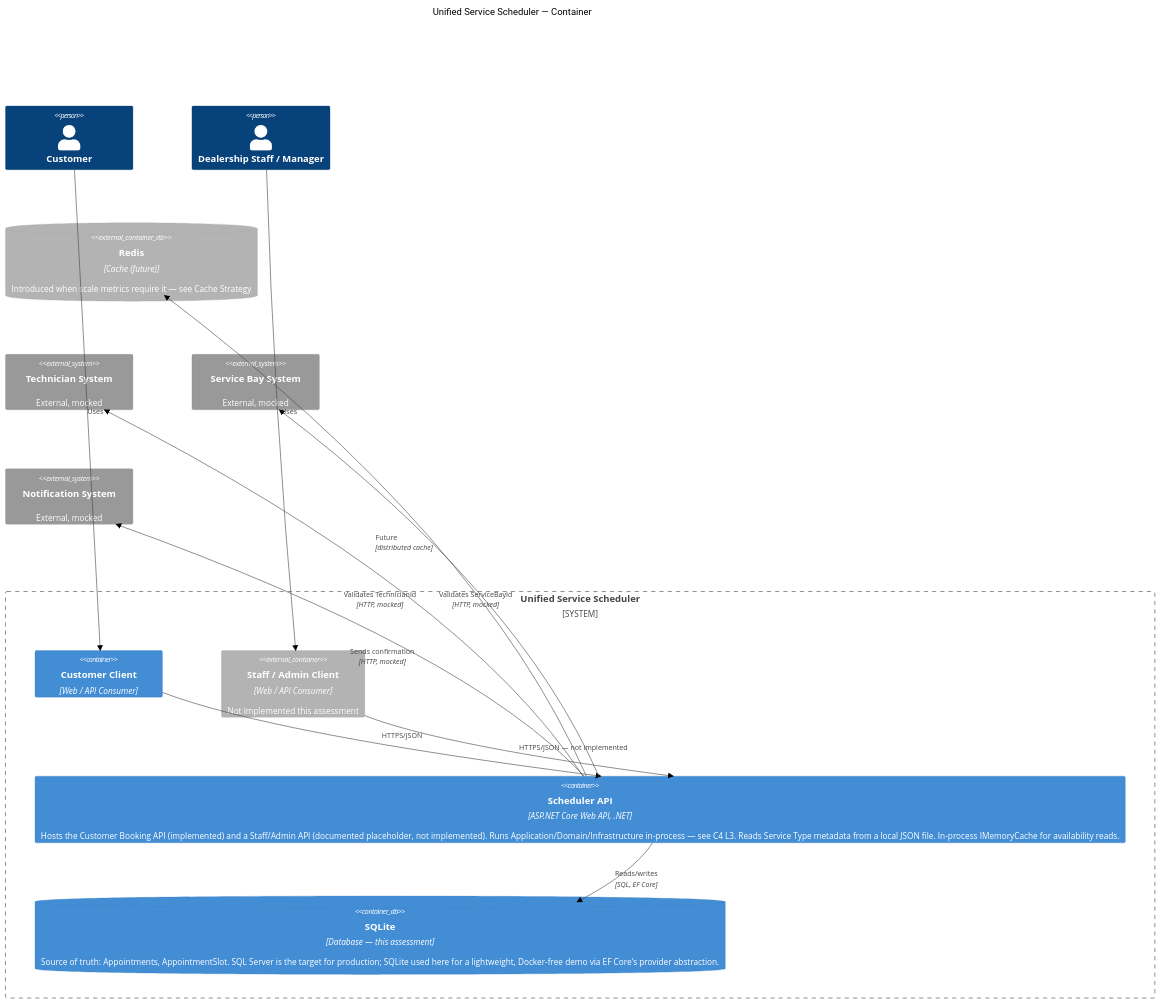
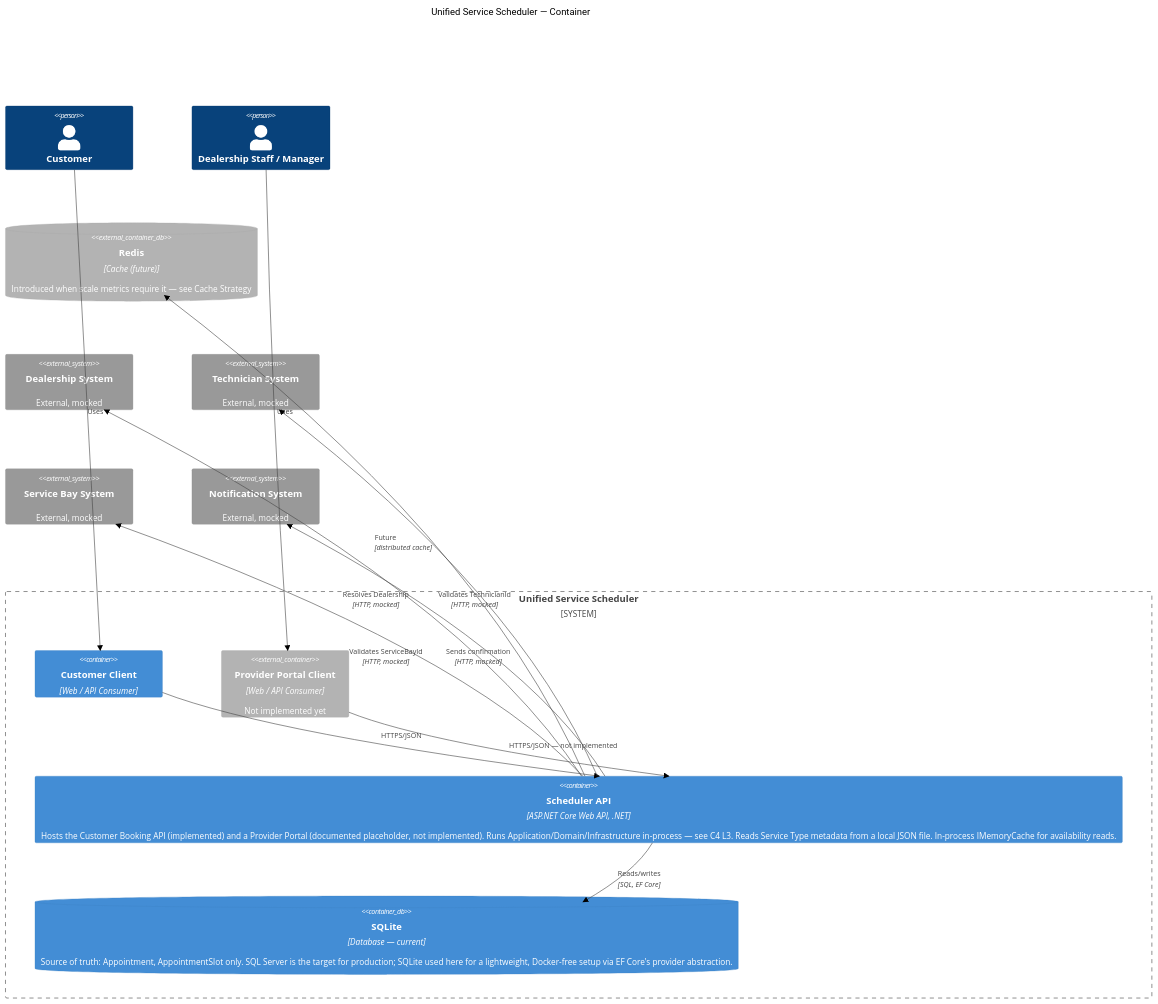
The second of 9 diagrams in architecture.md (wesilios/unified-service-scheduler), drawn with Mermaid (neutral theme) before and after one commit. The commit also changed other lines of this file and 3 other files, not shown here.

````diff
--- a/architecture.md
+++ b/architecture.md
@@ -383,29 +422,31 @@
 ```mermaid
 C4Container
     title Unified Service Scheduler — Container
 
     Person(customer, "Customer")
     Person(staff, "Dealership Staff / Manager")
 
     System_Boundary(uss, "Unified Service Scheduler") {
         Container(clientCustomer, "Customer Client", "Web / API Consumer")
-        Container_Ext(clientStaff, "Staff / Admin Client", "Web / API Consumer", "Not implemented this assessment")
-        Container(api, "Scheduler API", "ASP.NET Core Web API, .NET", "Hosts the Customer Booking API (implemented) and a Staff/Admin API (documented placeholder, not implemented). Runs Application/Domain/Infrastructure in-process — see C4 L3. Reads Service Type metadata from a local JSON file. In-process IMemoryCache for availability reads.")
-        ContainerDb(db, "SQLite", "Database — this assessment", "Source of truth: Appointments, AppointmentSlot. SQL Server is the target for production; SQLite used here for a lightweight, Docker-free demo via EF Core's provider abstraction.")
+        Container_Ext(clientStaff, "Provider Portal Client", "Web / API Consumer", "Not implemented yet")
+        Container(api, "Scheduler API", "ASP.NET Core Web API, .NET", "Hosts the Customer Booking API (implemented) and a Provider Portal (documented placeholder, not implemented). Runs Application/Domain/Infrastructure in-process — see C4 L3. Reads Service Type metadata from a local JSON file. In-process IMemoryCache for availability reads.")
+        ContainerDb(db, "SQLite", "Database — current", "Source of truth: Appointment, AppointmentSlot only. SQL Server is the target for production; SQLite used here for a lightweight, Docker-free setup via EF Core's provider abstraction.")
     }
 
     ContainerDb_Ext(cache, "Redis", "Cache (future)", "Introduced when scale metrics require it — see Cache Strategy")
+    System_Ext(dealership, "Dealership System", "External, mocked")
     System_Ext(technician, "Technician System", "External, mocked")
     System_Ext(servicebay, "Service Bay System", "External, mocked")
     System_Ext(notification, "Notification System", "External, mocked")
 
     Rel(customer, clientCustomer, "Uses")
     Rel(staff, clientStaff, "Uses")
     Rel(clientCustomer, api, "HTTPS/JSON")
     Rel(clientStaff, api, "HTTPS/JSON — not implemented")
     Rel(api, db, "Reads/writes", "SQL, EF Core")
+    Rel(api, dealership, "Resolves Dealership", "HTTP, mocked")
     Rel(api, technician, "Validates TechnicianId", "HTTP, mocked")
     Rel(api, servicebay, "Validates ServiceBayId", "HTTP, mocked")
     Rel(api, notification, "Sends confirmation", "HTTP, mocked")
     Rel(api, cache, "Future", "distributed cache")
 ```
````
